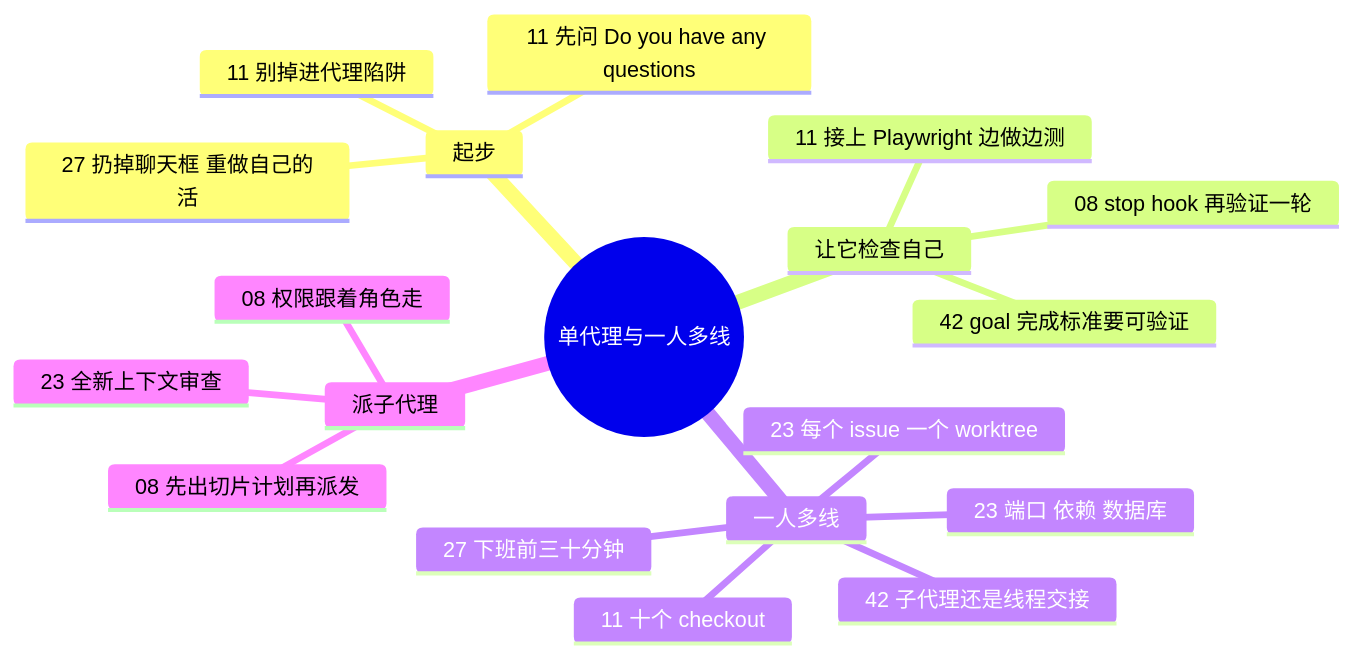
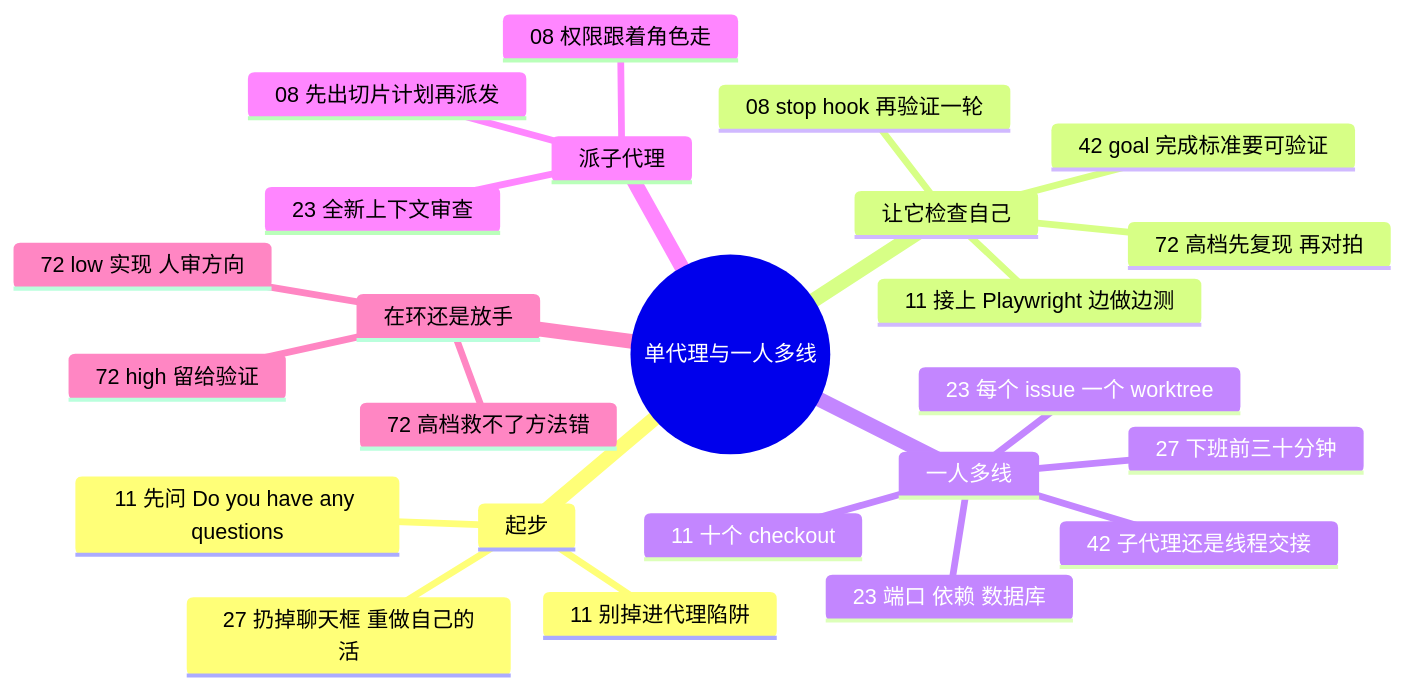
The diagram in docs/guide/solo.md (yzw7489757/ai-coding-videos), drawn with Mermaid before and after one commit. The commit also changed other lines of this file and 21 other files, not shown here.

````diff
--- a/docs/guide/solo.md
+++ b/docs/guide/solo.md
@@ -15,22 +15,27 @@
 ```mermaid
 mindmap
   root((单代理与一人多线))
     起步
       27 扔掉聊天框 重做自己的活
       11 先问 Do you have any questions
       11 别掉进代理陷阱
     让它检查自己
       11 接上 Playwright 边做边测
       42 goal 完成标准要可验证
       08 stop hook 再验证一轮
+      72 高档先复现 再对拍
     一人多线
       11 十个 checkout
       23 每个 issue 一个 worktree
       23 端口 依赖 数据库
       27 下班前三十分钟
       42 子代理还是线程交接
     派子代理
       08 先出切片计划再派发
       08 权限跟着角色走
       23 全新上下文审查
+    在环还是放手
+      72 low 实现 人审方向
+      72 high 留给验证
+      72 高档救不了方法错
 ```
````
